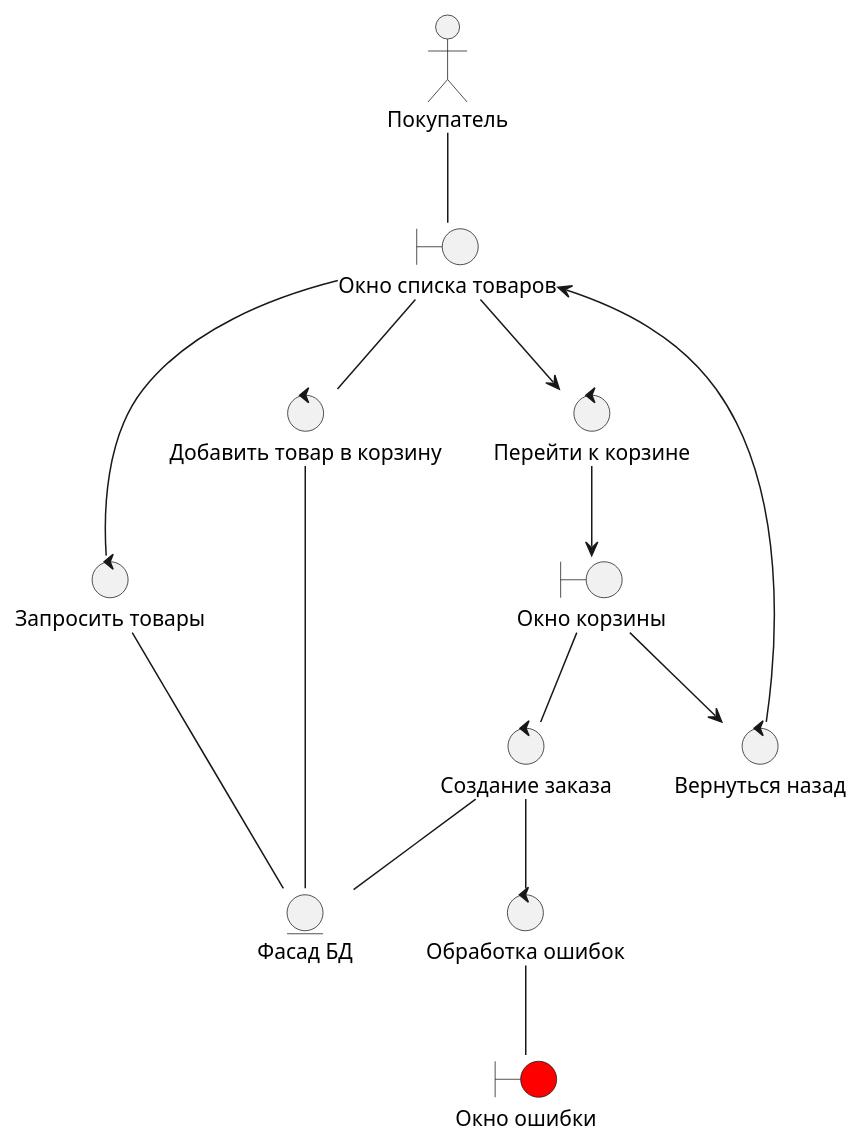
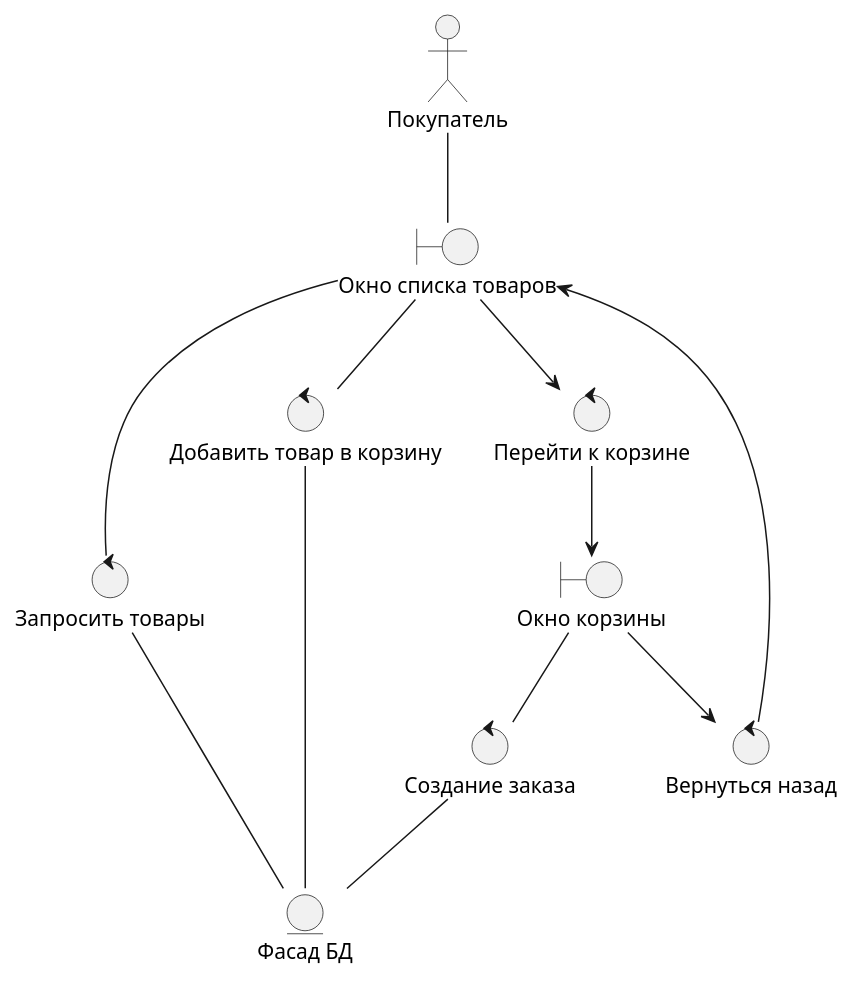
Before and after one commit to Efimish/university-4sem-pis-coursework: the diagram in docs/suitability/make-an-order.puml, drawn with PlantUML. The commit also changed 53 other files, not shown here.

```diff
--- a/docs/suitability/make-an-order.puml
+++ b/docs/suitability/make-an-order.puml
@@ -1,35 +1,31 @@
 @startuml Диаграмма пригодности оформления заказа
 
 actor Buyer as "Покупатель"
 
 boundary item_list as "Окно списка товаров"
 boundary cart as "Окно корзины"
-boundary error as "Окно ошибки" #red
 
 control select_items as "Запросить товары"
 control add_item_to_cart as "Добавить товар в корзину"
 control open_cart as "Перейти к корзине"
 control return_back as "Вернуться назад"
 control create_order as "Создание заказа"
-control handle_errors as "Обработка ошибок"
 
 entity facade as "Фасад БД"
 
 Buyer -- item_list
 
 item_list -- select_items
 select_items -- facade
 item_list -- add_item_to_cart
 add_item_to_cart -- facade
 
 item_list --> open_cart
 open_cart --> cart
 cart --> return_back
 return_back --> item_list
 
 cart -- create_order
 create_order -- facade
-create_order -- handle_errors
-handle_errors -- error
 
 @enduml
```
